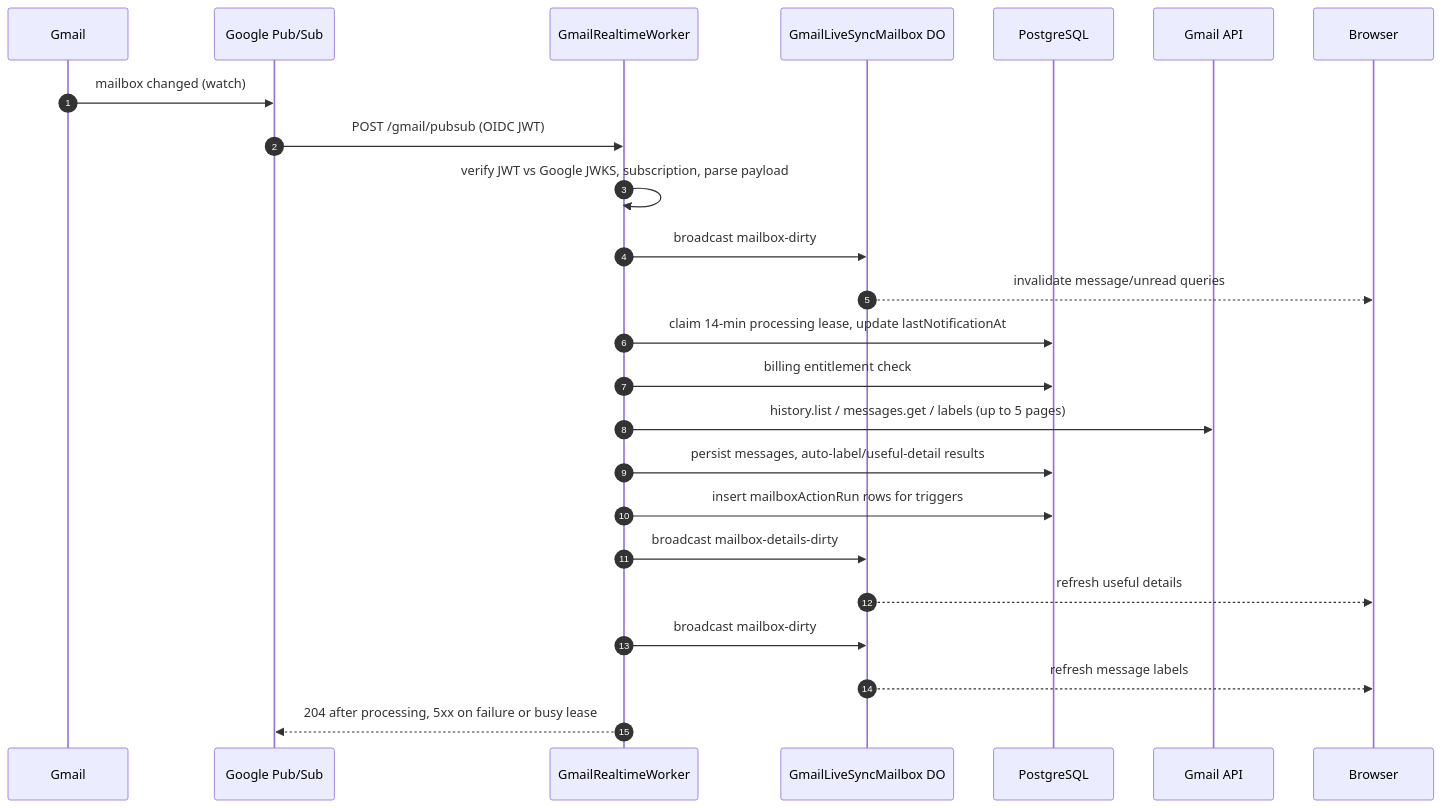
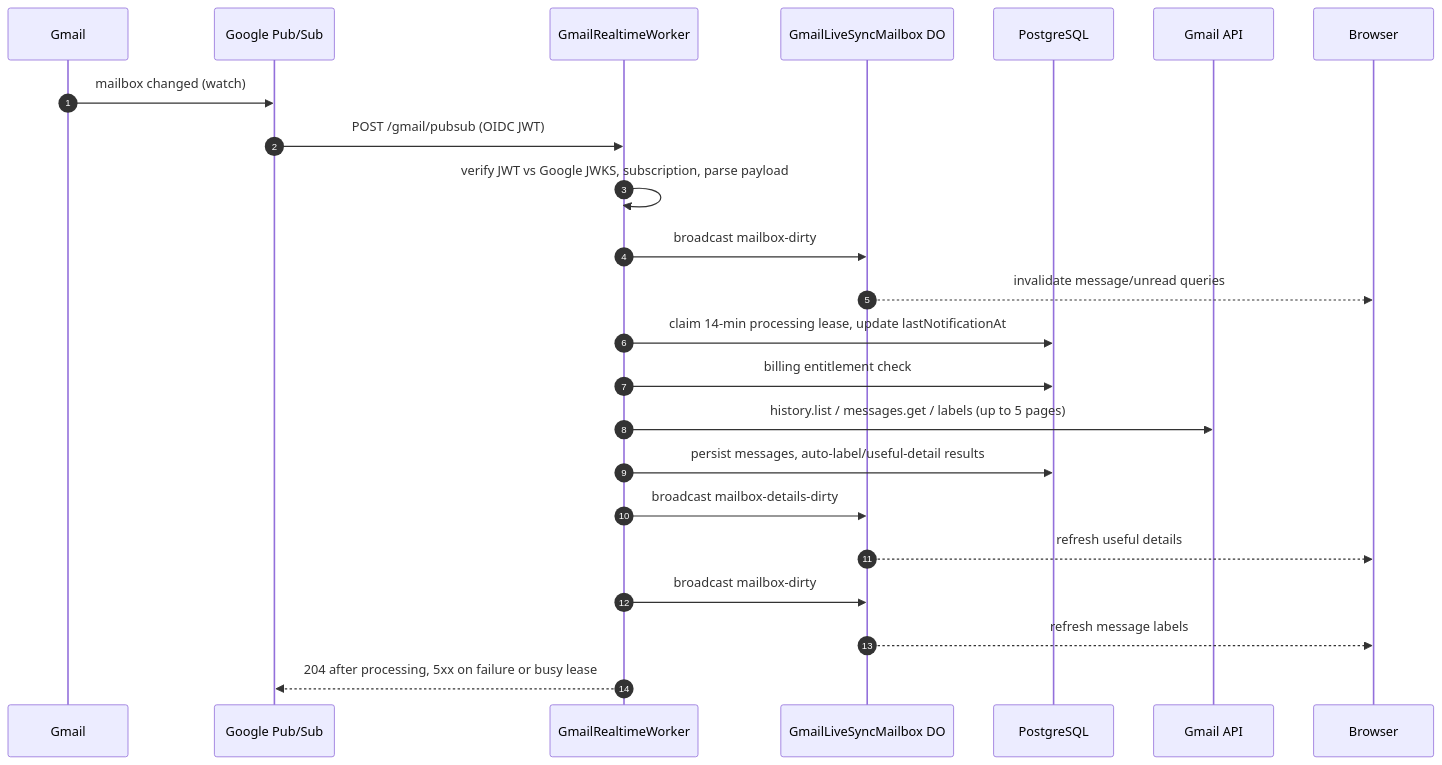
The second of 6 diagrams in docs/infrastructure-map.md (quieter-email/quieter), drawn with Mermaid before and after one commit. The commit also changed other lines of this file and 383 other files, not shown here.

````diff
--- a/docs/infrastructure-map.md
+++ b/docs/infrastructure-map.md
@@ -176,27 +163,26 @@
 ```mermaid
 sequenceDiagram
     autonumber
     participant G as Gmail
     participant P as Google Pub/Sub
     participant W as GmailRealtimeWorker
     participant D as GmailLiveSyncMailbox DO
     participant DB as PostgreSQL
     participant A as Gmail API
     participant B as Browser
 
     G->>P: mailbox changed (watch)
     P->>W: POST /gmail/pubsub (OIDC JWT)
     W->>W: verify JWT vs Google JWKS, subscription, parse payload
     W->>D: broadcast mailbox-dirty
     D-->>B: invalidate message/unread queries
     W->>DB: claim 14-min processing lease, update lastNotificationAt
     W->>DB: billing entitlement check
     W->>A: history.list / messages.get / labels (up to 5 pages)
     W->>DB: persist messages, auto-label/useful-detail results
-    W->>DB: insert mailboxActionRun rows for triggers
     W->>D: broadcast mailbox-details-dirty
     D-->>B: refresh useful details
     W->>D: broadcast mailbox-dirty
     D-->>B: refresh message labels
     W-->>P: 204 after processing, 5xx on failure or busy lease
 ```
````
